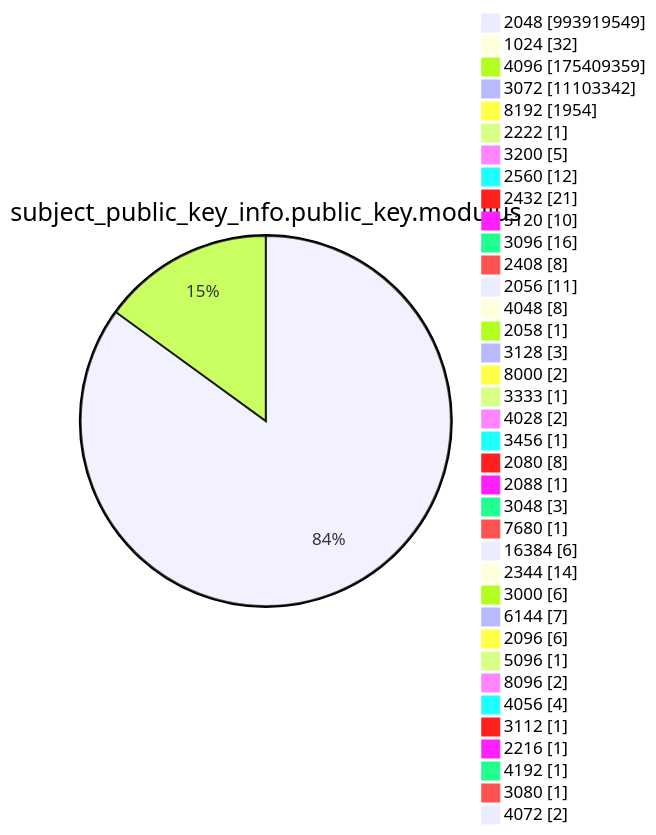
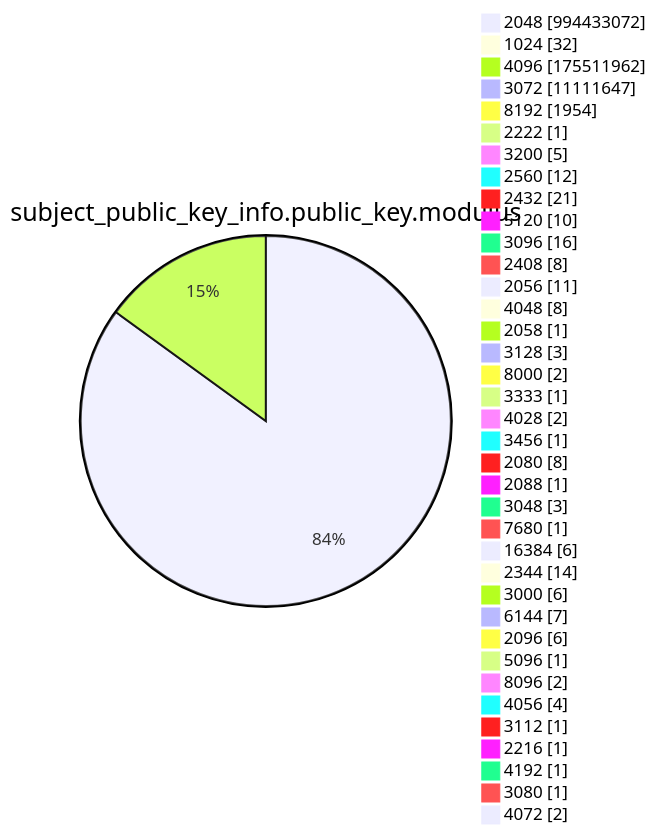
Diagram 13 of 15 in argon2022/README.md (christiankrug/ctmonitor_visualization), drawn with Mermaid before and after one commit. The commit also changed other lines of this file, not shown here.

````diff
--- a/argon2022/README.md
+++ b/argon2022/README.md
@@ -3587,41 +3587,41 @@
 ```mermaid
 pie showData
 title subject_public_key_info.public_key.modulus
-"2048" :993919549
+"2048" :994433072
 "1024" :32
-"4096" :175409359
-"3072" :11103342
+"4096" :175511962
+"3072" :11111647
 "8192" :1954
 "2222" :1
 "3200" :5
 "2560" :12
 "2432" :21
 "5120" :10
 "3096" :16
 "2408" :8
 "2056" :11
 "4048" :8
 "2058" :1
 "3128" :3
 "8000" :2
 "3333" :1
 "4028" :2
 "3456" :1
 "2080" :8
 "2088" :1
 "3048" :3
 "7680" :1
 "16384" :6
 "2344" :14
 "3000" :6
 "6144" :7
 "2096" :6
 "5096" :1
 "8096" :2
 "4056" :4
 "3112" :1
 "2216" :1
 "4192" :1
 "3080" :1
 "4072" :2
 ```
````
